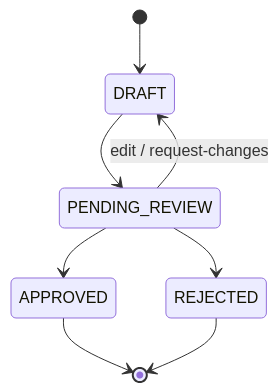
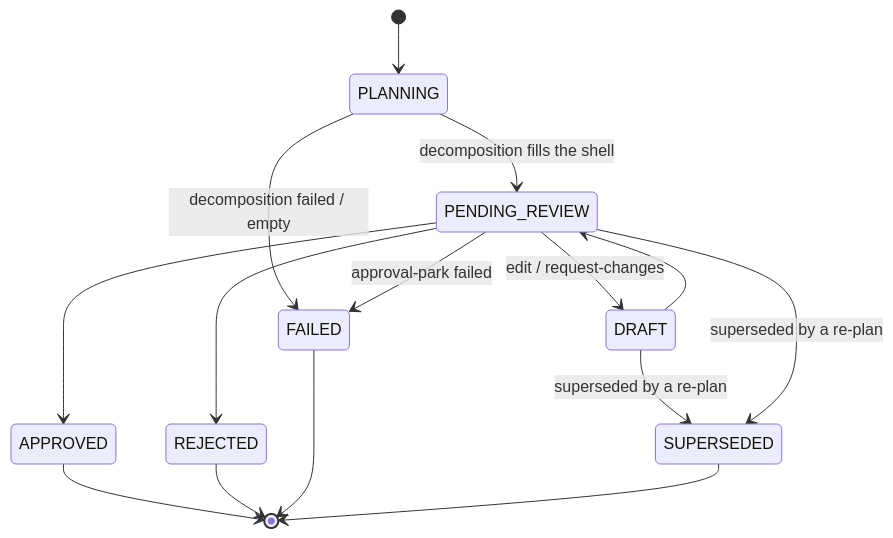
One commit to Aureliolo/synthorg changed the diagram in docs/design/plan-review.md. Above: the diagram before and after it, drawn with Mermaid. The commit also changed other lines of this file and 74 other files, not shown here.

First line of the commit message:
Harden charter-to-plan dispatch: exclusive model binding, decomposition resilience, greenlight plan persistence (#2588)

````diff
--- a/docs/design/plan-review.md
+++ b/docs/design/plan-review.md
@@ -74,10 +77,17 @@
 ```mermaid
 stateDiagram-v2
-    [*] --> DRAFT
+    [*] --> PLANNING
+    PLANNING --> PENDING_REVIEW: decomposition fills the shell
+    PLANNING --> FAILED: decomposition failed / empty
     DRAFT --> PENDING_REVIEW
     PENDING_REVIEW --> APPROVED
     PENDING_REVIEW --> REJECTED
+    PENDING_REVIEW --> FAILED: approval-park failed
     PENDING_REVIEW --> DRAFT: edit / request-changes
+    DRAFT --> SUPERSEDED: superseded by a re-plan
+    PENDING_REVIEW --> SUPERSEDED: superseded by a re-plan
     APPROVED --> [*]
     REJECTED --> [*]
+    FAILED --> [*]
+    SUPERSEDED --> [*]
 ```
````
